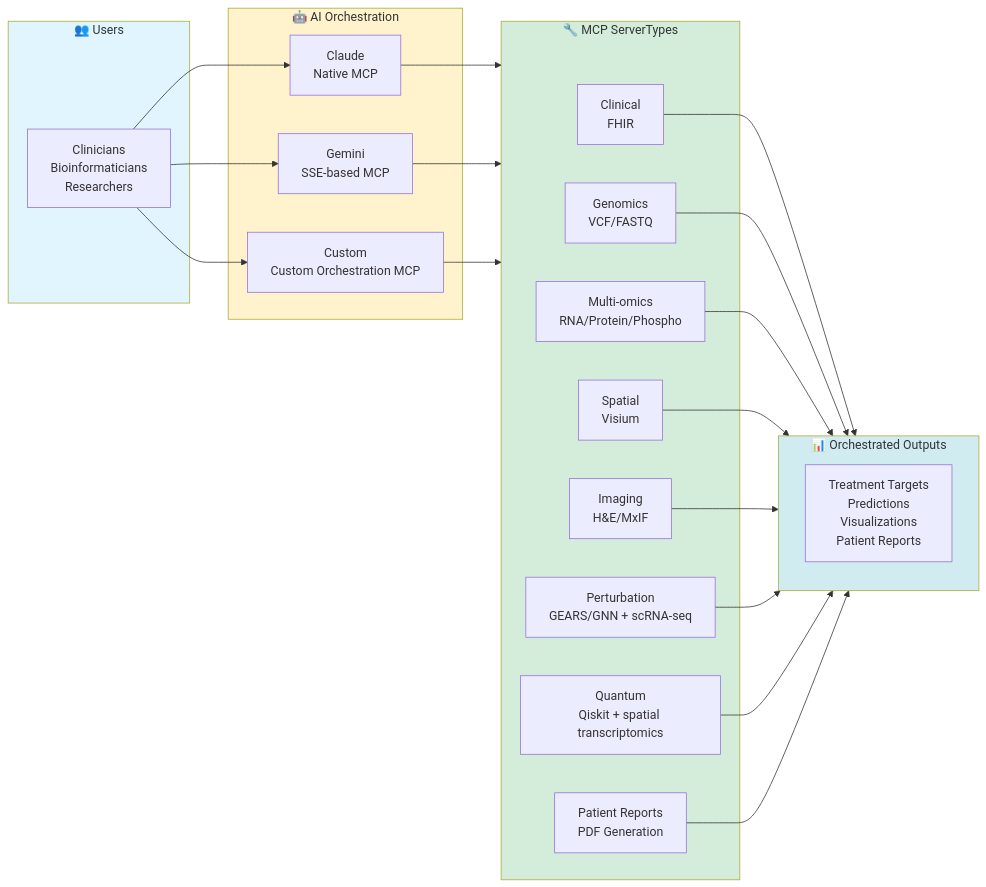
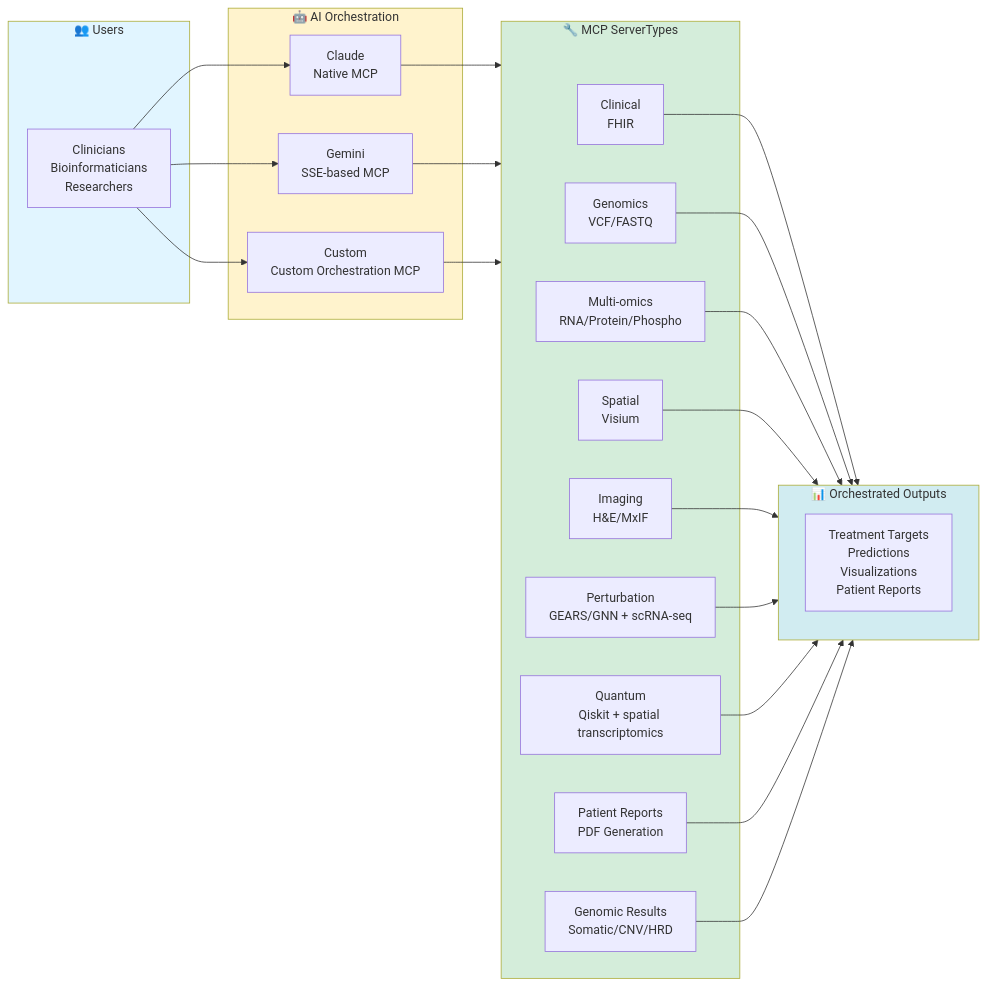
One commit to raymond301/precision-medicine-mcp changed the diagram in README.md. Above: the diagram before and after it, drawn with Mermaid. The commit also changed other lines of this file and 23 other files, not shown here.

````diff
--- a/README.md
+++ b/README.md
@@ -38,47 +38,49 @@
 ```mermaid
 graph LR
     subgraph Users["👥 Users"]
         U[Clinicians<br/>Bioinformaticians<br/>Researchers]
     end
 
     subgraph AI["🤖 AI Orchestration"]
         CLAUDE[Claude<br/>Native MCP]
         GEMINI[Gemini<br/>SSE-based MCP]
         CUSTOM[Custom<br/>Custom Orchestration MCP]
     end
 
     subgraph ServerTypes["🔧 MCP ServerTypes"]
         S1[Clinical<br/>FHIR]
         S2[Genomics<br/>VCF/FASTQ]
         S3[Multi-omics<br/>RNA/Protein/Phospho]
         S4[Spatial<br/>Visium]
         S5[Imaging<br/> H&E/MxIF]
         S6[Perturbation<br/>GEARS/GNN + scRNA-seq]
         S7[Quantum<br/>Qiskit + spatial transcriptomics]
         S8[Patient Reports<br/>PDF Generation]
+        S9[Genomic Results<br/>Somatic/CNV/HRD]
     end
 
     subgraph Output["📊 Orchestrated Outputs"]
         O[Treatment Targets<br/>Predictions<br/>Visualizations<br/>Patient Reports]
     end
 
     U --> CLAUDE
     U --> GEMINI
     U --> CUSTOM
     CLAUDE --> ServerTypes
     GEMINI --> ServerTypes
     CUSTOM --> ServerTypes
     S1 --> Output
     S2 --> Output
     S3 --> Output
     S4 --> Output
     S5 --> Output
     S6 --> Output
     S7 --> Output
     S8 --> Output
+    S9 --> Output
 
     style Users fill:#e1f5ff
     style AI fill:#fff3cd
     style ServerTypes fill:#d4edda
     style Output fill:#d1ecf1
 ```
````
